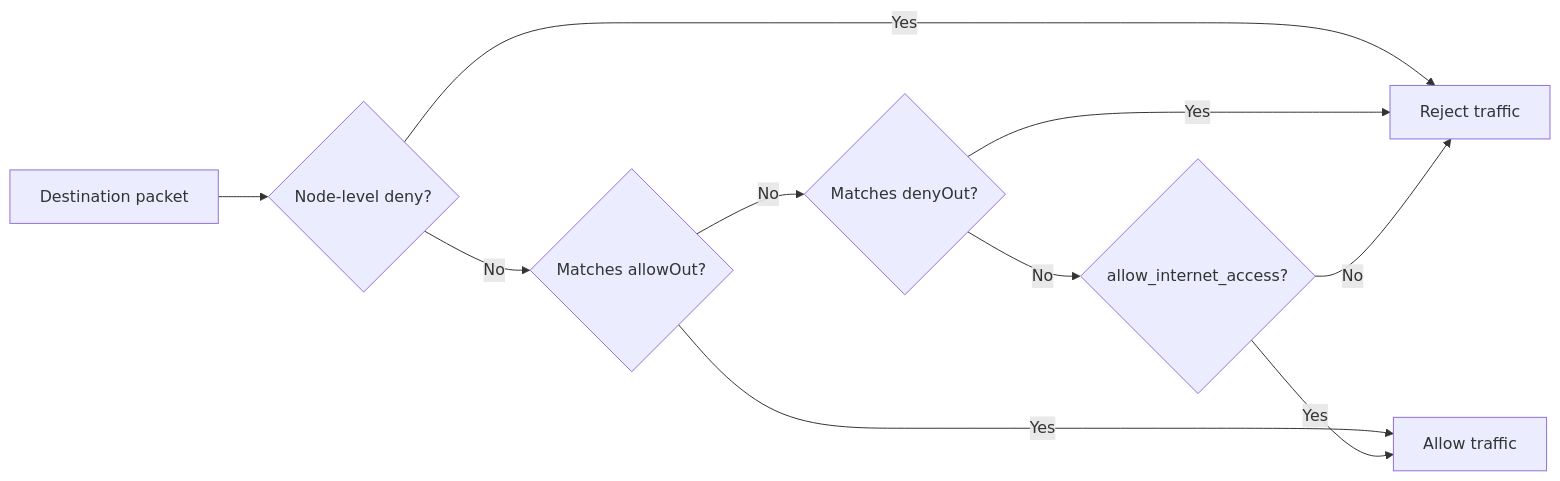
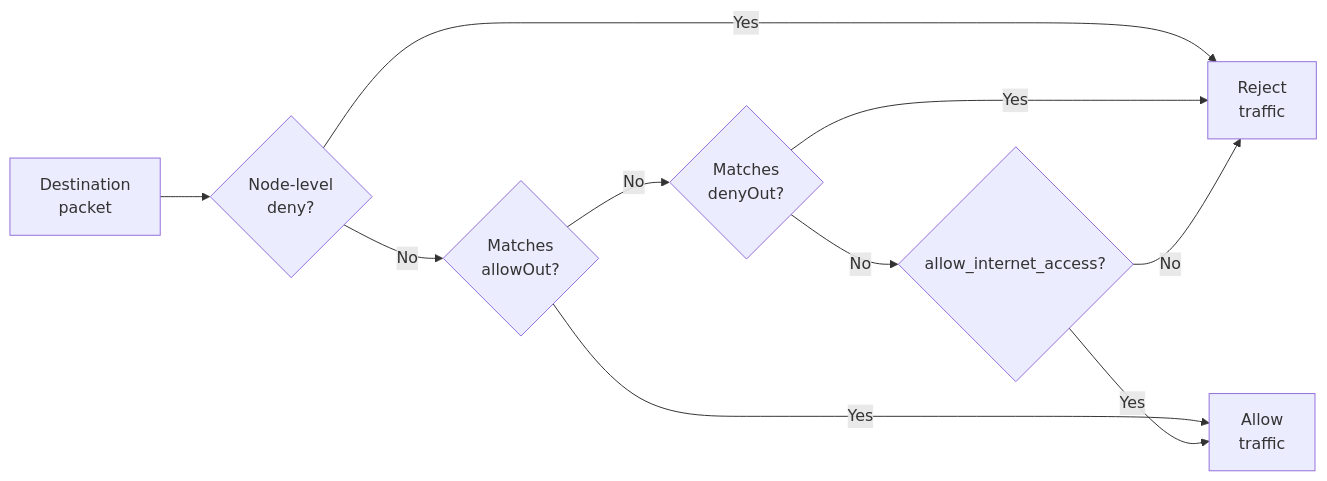
One commit to kvcache-ai/AgentENV changed the second of 2 diagrams in docs/src/concepts/sandboxes.md. Above: the diagram before and after it, drawn with Mermaid. The commit also changed other lines of this file and 9 other files, not shown here.

````diff
--- a/docs/src/concepts/sandboxes.md
+++ b/docs/src/concepts/sandboxes.md
@@ -381,12 +412,12 @@
 ```mermaid
 flowchart LR
-    A[Destination packet] --> N{Node-level deny?}
-    N -->|Yes| E[Reject traffic]
-    N -->|No| B{Matches allowOut?}
-    B -->|Yes| C[Allow traffic]
-    B -->|No| D{Matches denyOut?}
+    A[Destination<br/>packet] --> N{Node-level<br/>deny?}
+    N -->|Yes| E[Reject<br/>traffic]
+    N -->|No| B{Matches<br/>allowOut?}
+    B -->|Yes| C[Allow<br/>traffic]
+    B -->|No| D{Matches<br/>denyOut?}
     D -->|Yes| E
     D -->|No| F{"allow_internet_access?"}
     F -->|Yes| C
     F -->|No| E
 ```
````
